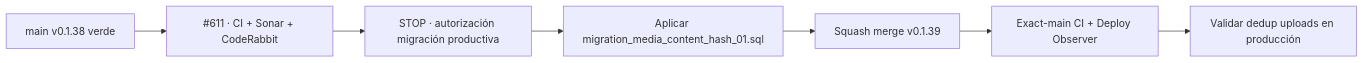
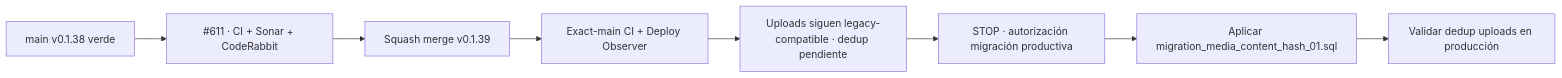
The diagram in README.md (pl0n3r/brvtal), drawn with Mermaid before and after one commit. The commit also changed other lines of this file and 5 other files, not shown here.

Commit message:
fix(media): preserve uploads before dedup migration

````diff
--- a/README.md
+++ b/README.md
@@ -52,9 +52,10 @@
 ```mermaid
 flowchart LR
  B["main v0.1.38 verde"] --> P["#611 · CI + Sonar + CodeRabbit"]
- P --> G["STOP · autorización migración productiva"]
- G --> D["Aplicar migration_media_content_hash_01.sql"]
- D --> M["Squash merge v0.1.39"]
+ P --> M["Squash merge v0.1.39"]
  M --> X["Exact-main CI + Deploy Observer"]
- X --> V["Validar dedup uploads en producción"]
+ X --> G["Uploads siguen legacy-compatible · dedup pendiente"]
+ G --> A["STOP · autorización migración productiva"]
+ A --> D["Aplicar migration_media_content_hash_01.sql"]
+ D --> V["Validar dedup uploads en producción"]
 ```
````
